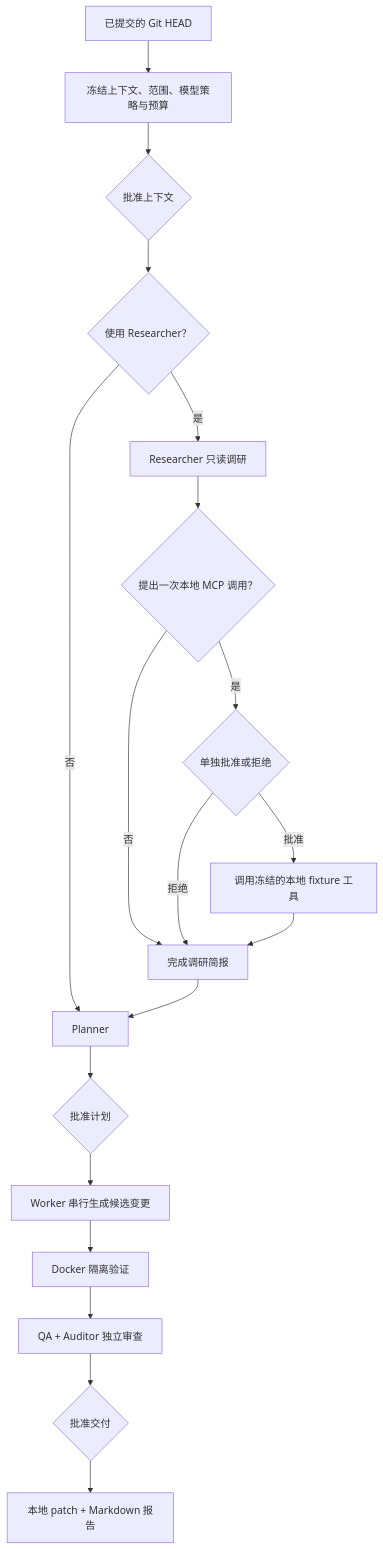
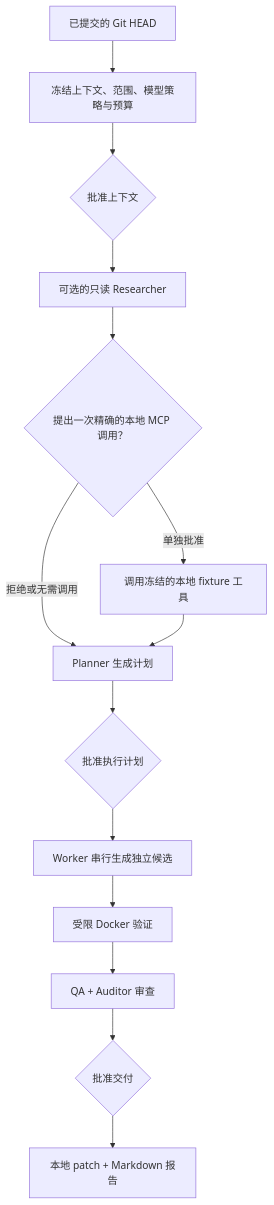
Before and after one commit to tsumon/foundry: the diagram in README.md, drawn with Mermaid. The commit also changed other lines of this file and 9 other files, not shown here.

````diff
--- a/README.md
+++ b/README.md
@@ -22,21 +89,16 @@
 ```mermaid
 flowchart TD
     A["已提交的 Git HEAD"] --> B["冻结上下文、范围、模型策略与预算"]
     B --> C{"批准上下文"}
-    C --> Q{"使用 Researcher？"}
-    Q -- "否" --> P["Planner"]
-    Q -- "是" --> R["Researcher 只读调研"]
-    R --> M{"提出一次本地 MCP 调用？"}
-    M -- "否" --> Z["完成调研简报"]
-    M -- "是" --> X{"单独批准或拒绝"}
-    X -- "拒绝" --> Z
-    X -- "批准" --> T["调用冻结的本地 fixture 工具"]
-    T --> Z
-    Z --> P
-    P --> E{"批准计划"}
-    E --> F["Worker 串行生成候选变更"]
-    F --> G["Docker 隔离验证"]
-    G --> H["QA + Auditor 独立审查"]
+    C --> R["可选的只读 Researcher"]
+    R --> M{"提出一次精确的本地 MCP 调用？"}
+    M -- "拒绝或无需调用" --> P["Planner 生成计划"]
+    M -- "单独批准" --> T["调用冻结的本地 fixture 工具"]
+    T --> P
+    P --> E{"批准执行计划"}
+    E --> F["Worker 串行生成独立候选"]
+    F --> G["受限 Docker 验证"]
+    G --> H["QA + Auditor 审查"]
     H --> I{"批准交付"}
     I --> J["本地 patch + Markdown 报告"]
 ```
````
